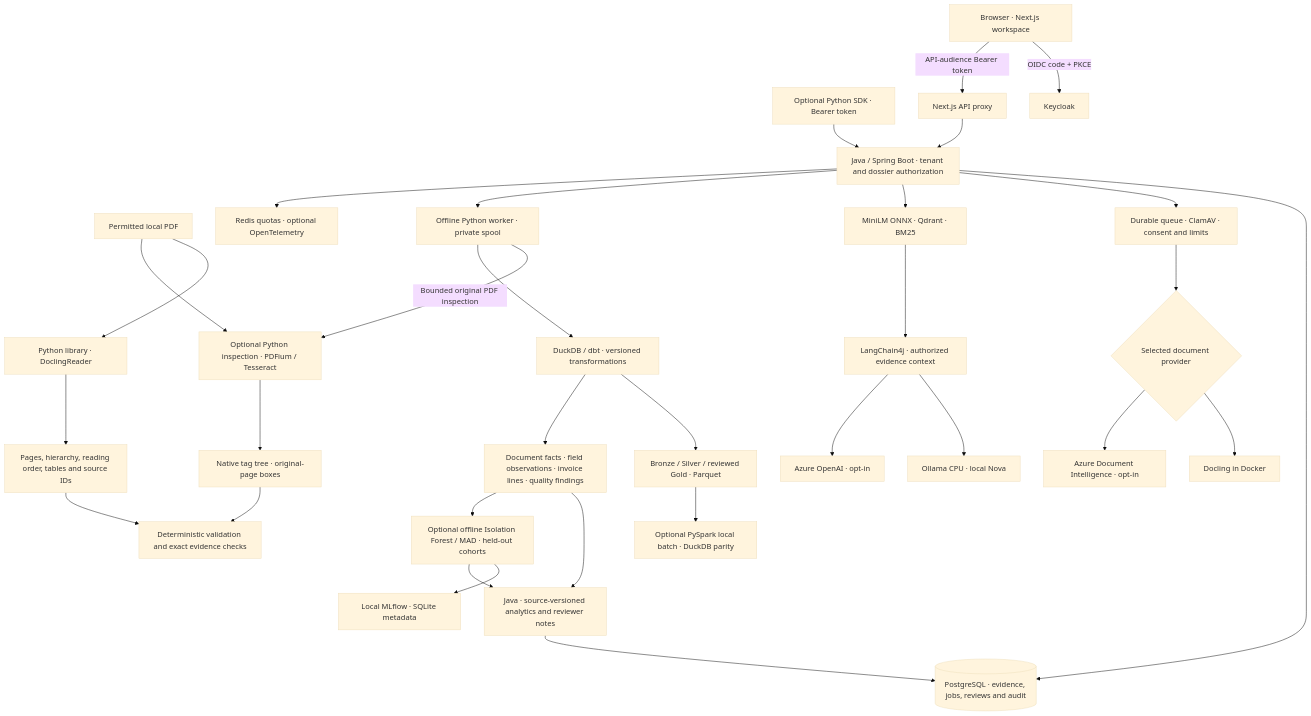
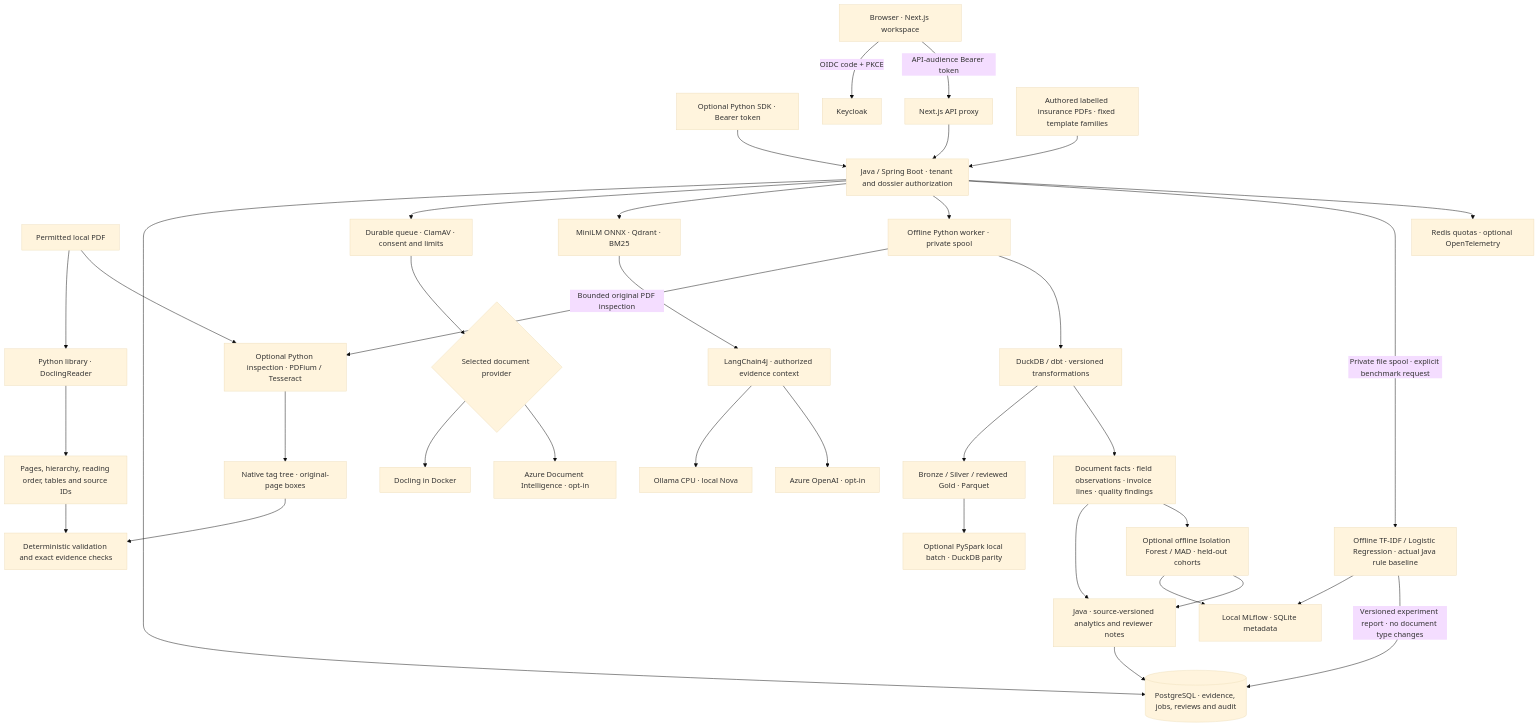
Before and after one commit to quocvietphung/document-intelligence-lab: the diagram in README.md, drawn with Mermaid (base theme). The commit also changed other lines of this file and 101 other files, not shown here.

Commit message:
feat: benchmark insurance classification on labelled PDF fixtures

````diff
--- a/README.md
+++ b/README.md
@@ -366,34 +367,38 @@
 ```mermaid
 flowchart TD
     PDF[Permitted local PDF] --> PY[Python library · DoclingReader]
     PY --> EV[Pages, hierarchy, reading order, tables and source IDs]
     EV --> V[Deterministic validation and exact evidence checks]
     PDF --> INSPECT[Optional Python inspection · PDFium / Tesseract]
     INSPECT --> GEOM[Native tag tree · original-page boxes]
     GEOM --> V
     SDK[Optional Python SDK · Bearer token] --> JAVA
     B[Browser · Next.js workspace] -->|OIDC code + PKCE| K[Keycloak]
     B -->|API-audience Bearer token| N[Next.js API proxy]
     N --> JAVA[Java / Spring Boot · tenant and dossier authorization]
     JAVA --> DB[(PostgreSQL · evidence, jobs, reviews and audit)]
     JAVA --> Q[Durable queue · ClamAV · consent and limits]
     Q --> D{Selected document provider}
     D --> DC[Docling in Docker]
     D --> AZD[Azure Document Intelligence · opt-in]
     JAVA --> R[MiniLM ONNX · Qdrant · BM25]
     R --> LC[LangChain4j · authorized evidence context]
     LC --> OL[Ollama CPU · local Nova]
     LC --> AZO[Azure OpenAI · opt-in]
     JAVA --> ETL[Offline Python worker · private spool]
     ETL -->|Bounded original PDF inspection| INSPECT
     ETL --> DUCK[DuckDB / dbt · versioned transformations]
     DUCK --> LAYERS[Bronze / Silver / reviewed Gold · Parquet]
     DUCK --> FACTS[Document facts · field observations · invoice lines · quality findings]
     FACTS --> PROJECTION[Java · source-versioned analytics and reviewer notes]
     PROJECTION --> DB
     FACTS --> ML[Optional offline Isolation Forest / MAD · held-out cohorts]
     ML --> TRACK[Local MLflow · SQLite metadata]
     ML --> PROJECTION
+    CORPUS[Authored labelled insurance PDFs · fixed template families] --> JAVA
+    JAVA -->|Private file spool · explicit benchmark request| CLASSIFIER[Offline TF-IDF / Logistic Regression · actual Java rule baseline]
+    CLASSIFIER --> TRACK
+    CLASSIFIER -->|Versioned experiment report · no document type changes| DB
     LAYERS --> SPARK[Optional PySpark local batch · DuckDB parity]
     JAVA --> OBS[Redis quotas · optional OpenTelemetry]
 ```
````
